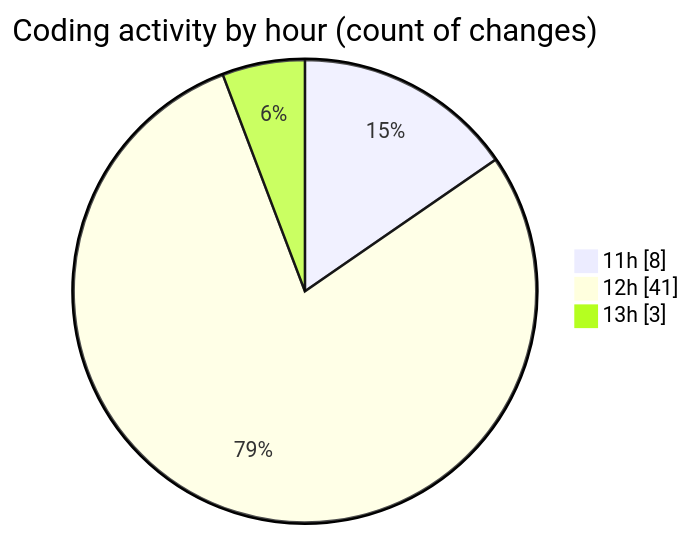
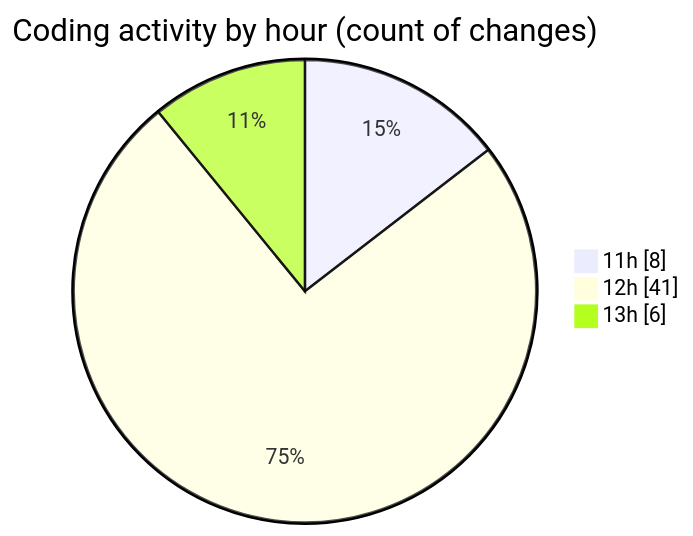
Before and after one commit to BS-eng2023/code-tracking: the second of 2 diagrams in 2025-05-04/project/README.md, drawn with Mermaid. The commit also changed other lines of this file and 1 other file, not shown here.

````diff
--- a/2025-05-04/project/README.md
+++ b/2025-05-04/project/README.md
@@ -46,7 +46,7 @@
 ```mermaid
 pie showData
 title Coding activity by hour (count of changes)
 "11h" : 8
 "12h" : 41
-"13h" : 3
+"13h" : 6
 ```
````
